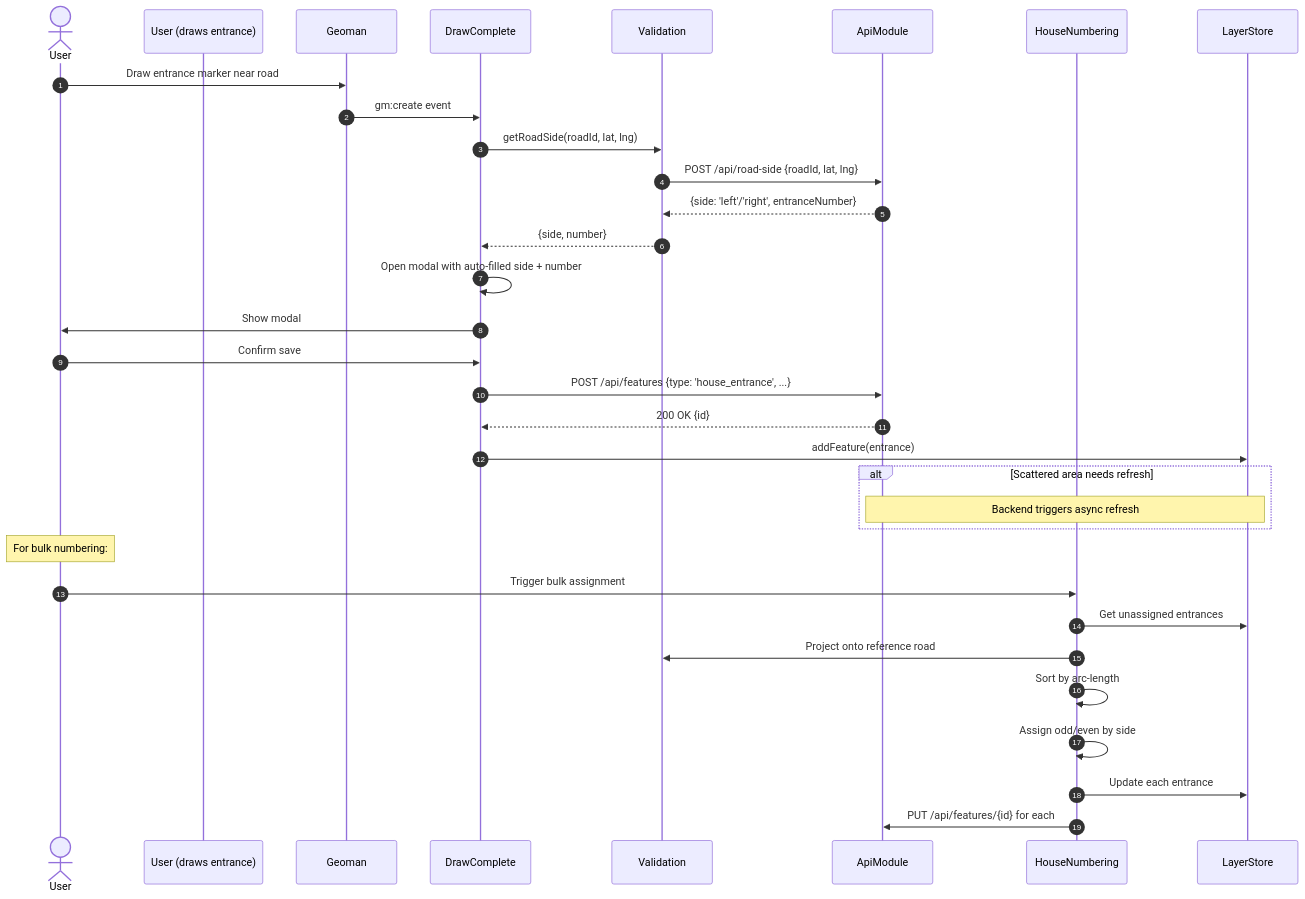
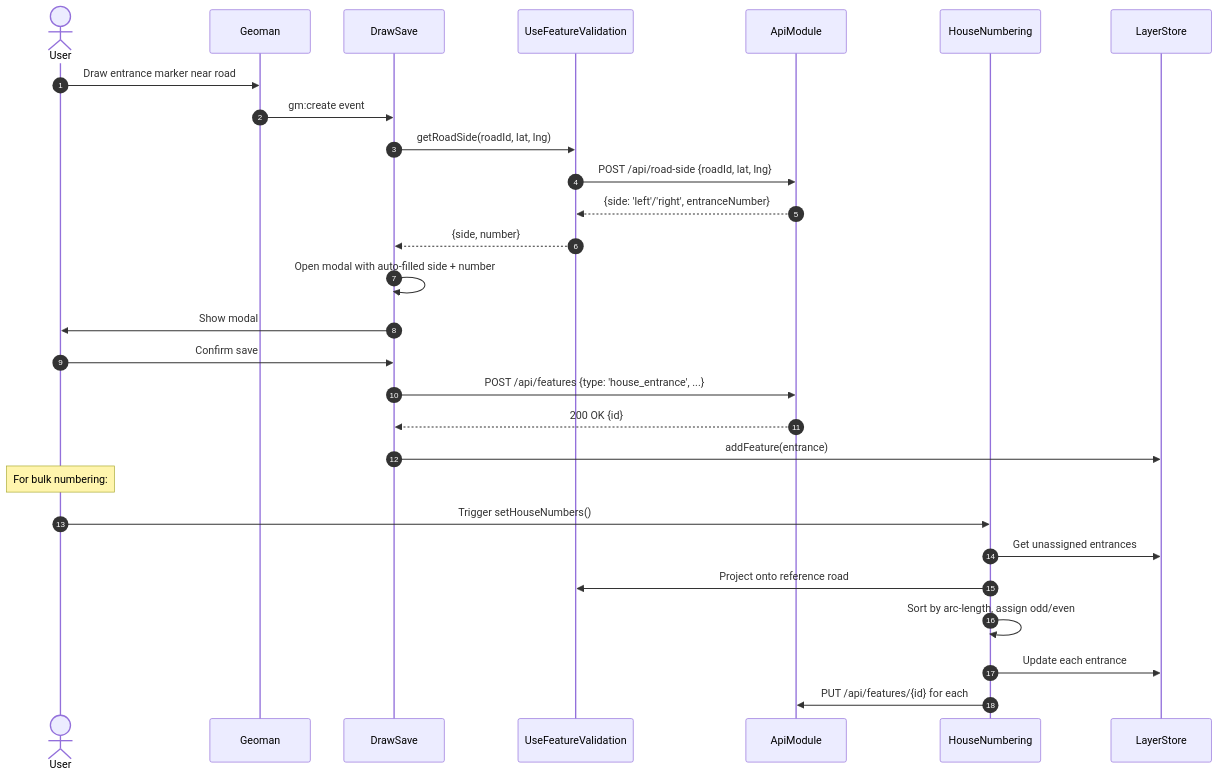
One commit to Zuhir-Benslama/NARS changed the fifth of 6 diagrams in docs/uml/nars-vite-sequence-diagram.md. Above: the diagram before and after it, drawn with Mermaid. The commit also changed other lines of this file and 115 other files, not shown here.

First line of the commit message:
fix: code-quality campaign + CI workflow + UML refresh

````diff
--- a/docs/uml/nars-vite-sequence-diagram.md
+++ b/docs/uml/nars-vite-sequence-diagram.md
@@ -245,41 +249,35 @@
 ```mermaid
 sequenceDiagram
     autonumber
     actor User
-    participant User (draws entrance)
     participant Geoman
-    participant DrawComplete
-    participant Validation
+    participant DrawSave
+    participant UseFeatureValidation
     participant ApiModule
     participant HouseNumbering
     participant LayerStore
 
     User->>Geoman: Draw entrance marker near road
-    Geoman->>DrawComplete: gm:create event
+    Geoman->>DrawSave: gm:create event
 
-    DrawComplete->>Validation: getRoadSide(roadId, lat, lng)
-    Validation->>ApiModule: POST /api/road-side {roadId, lat, lng}
-    ApiModule-->>Validation: {side: 'left'/'right', entranceNumber}
-    Validation-->>DrawComplete: {side, number}
+    DrawSave->>UseFeatureValidation: getRoadSide(roadId, lat, lng)
+    UseFeatureValidation->>ApiModule: POST /api/road-side {roadId, lat, lng}
+    ApiModule-->>UseFeatureValidation: {side: 'left'/'right', entranceNumber}
+    UseFeatureValidation-->>DrawSave: {side, number}
 
-    DrawComplete->>DrawComplete: Open modal with auto-filled side + number
-    DrawComplete->>User: Show modal
+    DrawSave->>DrawSave: Open modal with auto-filled side + number
+    DrawSave->>User: Show modal
 
-    User->>DrawComplete: Confirm save
-    DrawComplete->>ApiModule: POST /api/features {type: 'house_entrance', ...}
-    ApiModule-->>DrawComplete: 200 OK {id}
-    DrawComplete->>LayerStore: addFeature(entrance)
-
-    alt Scattered area needs refresh
-        Note over ApiModule,LayerStore: Backend triggers async refresh
-    end
+    User->>DrawSave: Confirm save
+    DrawSave->>ApiModule: POST /api/features {type: 'house_entrance', ...}
+    ApiModule-->>DrawSave: 200 OK {id}
+    DrawSave->>LayerStore: addFeature(entrance)
 
     Note over User: For bulk numbering:
-    User->>HouseNumbering: Trigger bulk assignment
+    User->>HouseNumbering: Trigger setHouseNumbers()
     HouseNumbering->>LayerStore: Get unassigned entrances
-    HouseNumbering->>Validation: Project onto reference road
-    HouseNumbering->>HouseNumbering: Sort by arc-length
-    HouseNumbering->>HouseNumbering: Assign odd/even by side
+    HouseNumbering->>UseFeatureValidation: Project onto reference road
+    HouseNumbering->>HouseNumbering: Sort by arc-length, assign odd/even
     HouseNumbering->>LayerStore: Update each entrance
     HouseNumbering->>ApiModule: PUT /api/features/{id} for each
 ```
````
